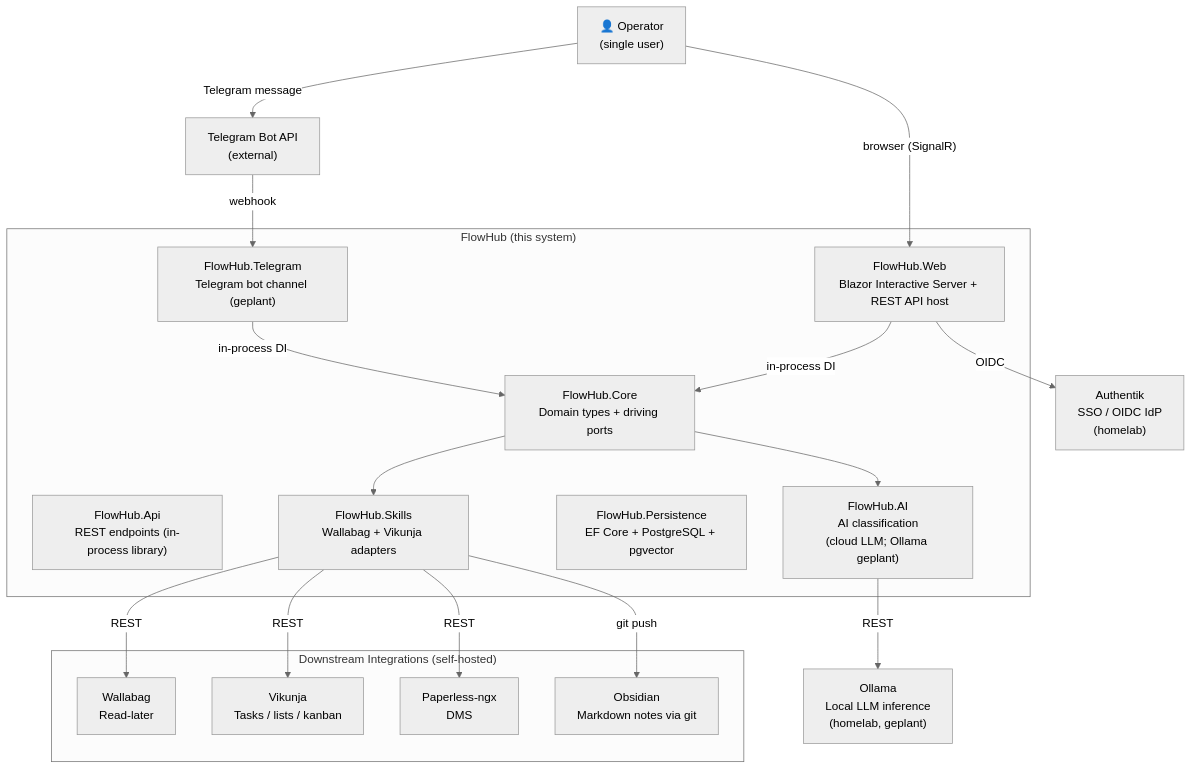
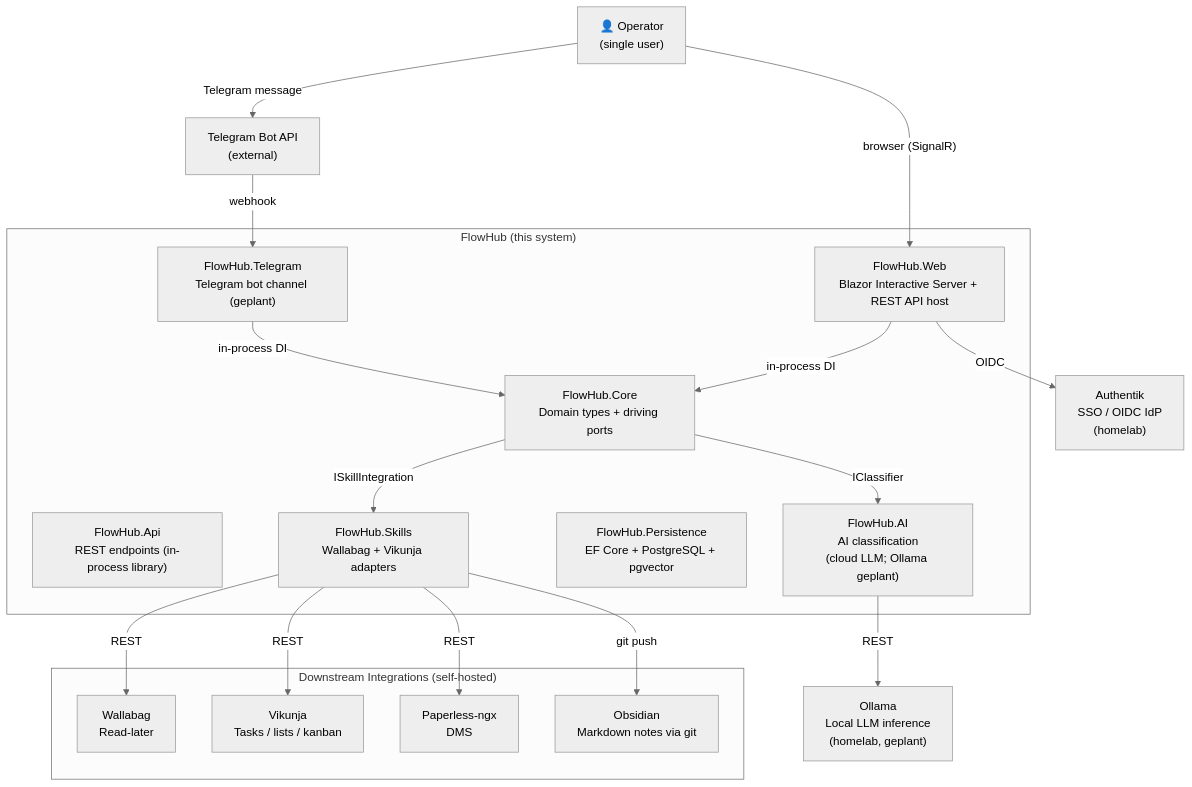
The first of 9 diagrams in docs/architektur/FlowHub_Arc42_v2.md (freaxnx01/FlowHub-CAS-AISE), drawn with Mermaid (neutral theme) before and after one commit. The commit also changed other lines of this file and 4 other files, not shown here.

First line of the commit message:
docs(diagrams): label every connecting line in the block-and-line diagrams

````diff
--- a/docs/architektur/FlowHub_Arc42_v2.md
+++ b/docs/architektur/FlowHub_Arc42_v2.md
@@ -169,39 +169,39 @@
 ```mermaid
 graph TD
     Operator["👤 Operator<br/>(single user)"]
 
     subgraph FlowHub ["FlowHub (this system)"]
         Web["FlowHub.Web<br/>Blazor Interactive Server + REST API host"]
         Core["FlowHub.Core<br/>Domain types + driving ports"]
         Api["FlowHub.Api<br/>REST endpoints (in-process library)"]
         AI["FlowHub.AI<br/>AI classification<br/>(cloud LLM; Ollama geplant)"]
         Persistence["FlowHub.Persistence<br/>EF Core + PostgreSQL + pgvector"]
         Skills["FlowHub.Skills<br/>Wallabag + Vikunja adapters"]
         Telegram["FlowHub.Telegram<br/>Telegram bot channel (geplant)"]
     end
 
     subgraph Downstream ["Downstream Integrations (self-hosted)"]
         Wallabag["Wallabag<br/>Read-later"]
         Vikunja["Vikunja<br/>Tasks / lists / kanban"]
         Paperless["Paperless-ngx<br/>DMS"]
         Obsidian["Obsidian<br/>Markdown notes via git"]
     end
 
     Authentik["Authentik<br/>SSO / OIDC IdP<br/>(homelab)"]
     Ollama["Ollama<br/>Local LLM inference<br/>(homelab, geplant)"]
     TelegramAPI["Telegram Bot API<br/>(external)"]
 
     Operator -- "browser (SignalR)" --> Web
     Operator -- "Telegram message" --> TelegramAPI
     TelegramAPI -- "webhook" --> Telegram
     Web -- "in-process DI" --> Core
     Telegram -- "in-process DI" --> Core
-    Core --> AI
+    Core -- "IClassifier" --> AI
     AI -- "REST" --> Ollama
-    Core --> Skills
+    Core -- "ISkillIntegration" --> Skills
     Skills -- "REST" --> Wallabag
     Skills -- "REST" --> Vikunja
     Skills -- "REST" --> Paperless
     Skills -- "git push" --> Obsidian
     Web -- "OIDC" --> Authentik
 ```
````
